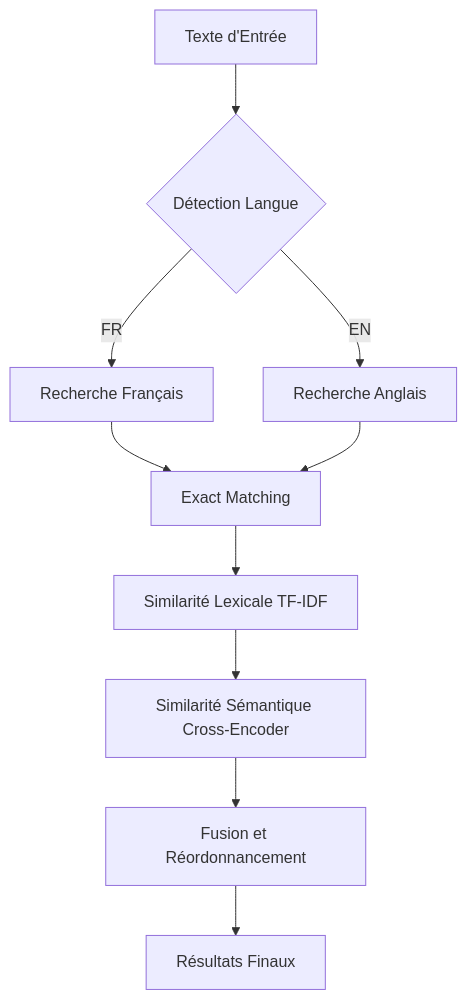
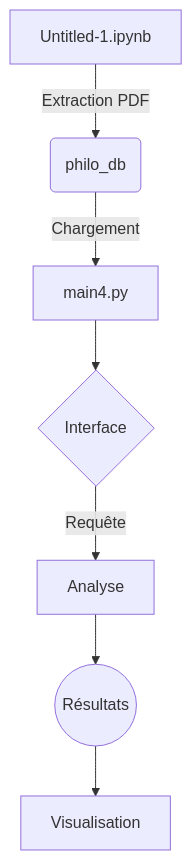
One commit to Oussama-fahim/plagiarism_checker changed the diagram in source/index.rst. Above: the diagram before and after it, drawn with Mermaid. The commit also changed other lines of this file, not shown here.

```diff
--- a/source/index.rst
+++ b/source/index.rst
@@ -159,12 +354,9 @@
 .. mermaid::
 
-   graph TD
-       A[Texte d'Entrée] --> B{Détection Langue}
-       B -->|FR| C[Recherche Français]
-       B -->|EN| D[Recherche Anglais]
-       C --> E[Exact Matching]
-       D --> E
-       E --> F[Similarité Lexicale TF-IDF]
-       F --> G[Similarité Sémantique Cross-Encoder]
-       G --> H[Fusion et Réordonnancement]
-       H --> I[Résultats Finaux]
+   flowchart TD
+       A[Untitled-1.ipynb] -->|Extraction PDF| B(philo_db)
+       B -->|Chargement| C[main4.py]
+       C --> D{Interface}
+       D -->|Requête| E[Analyse]
+       E --> F((Résultats))
+       F --> G[Visualisation]
```
